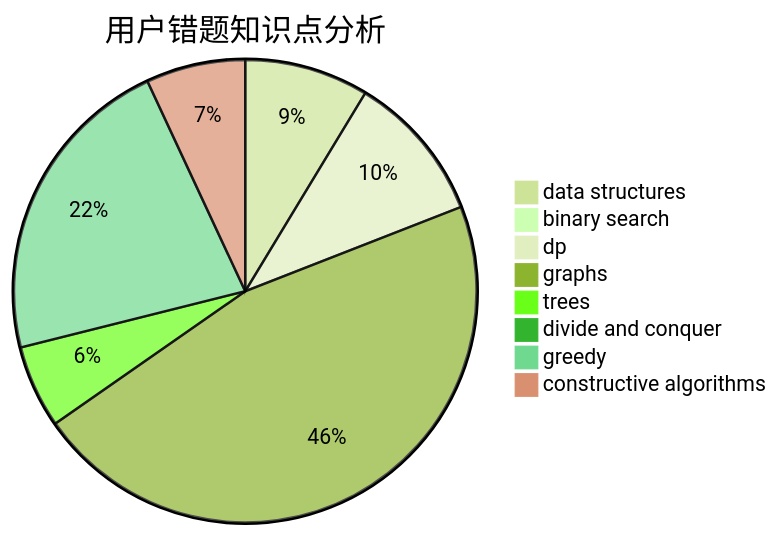
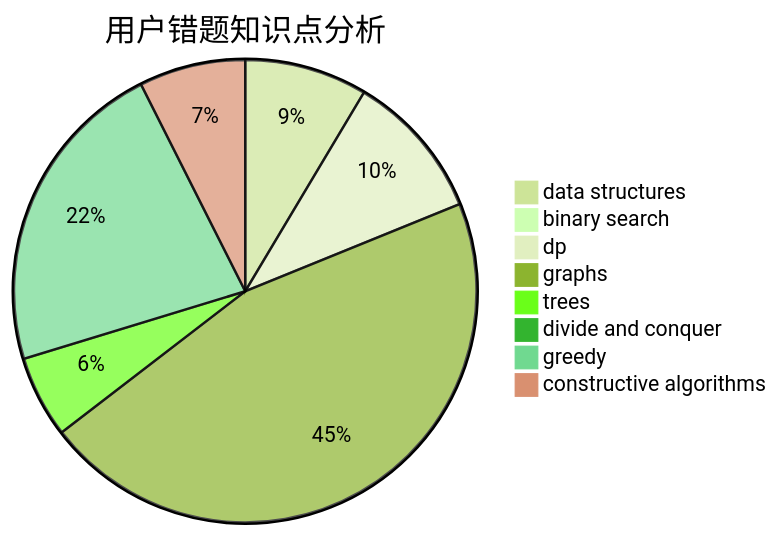
The third of 3 diagrams in docs/user/u615.md (sherpahu/cfrs.github.io), drawn with Mermaid (forest theme) before and after one commit. The commit also changed other lines of this file and 2770 other files, not shown here.

````diff
--- a/docs/user/u615.md
+++ b/docs/user/u615.md
@@ -36,11 +36,11 @@
 ```mermaid
 pie title 用户错题知识点分析
     "data structures" :  15
     "binary search" :  1
     "dp" :  18
     "graphs" :  80
     "trees" :  10
     "divide and conquer" :  0
-    "greedy" :  38
-    "constructive algorithms" :  12
+    "greedy" :  39
+    "constructive algorithms" :  13
 ```
````
